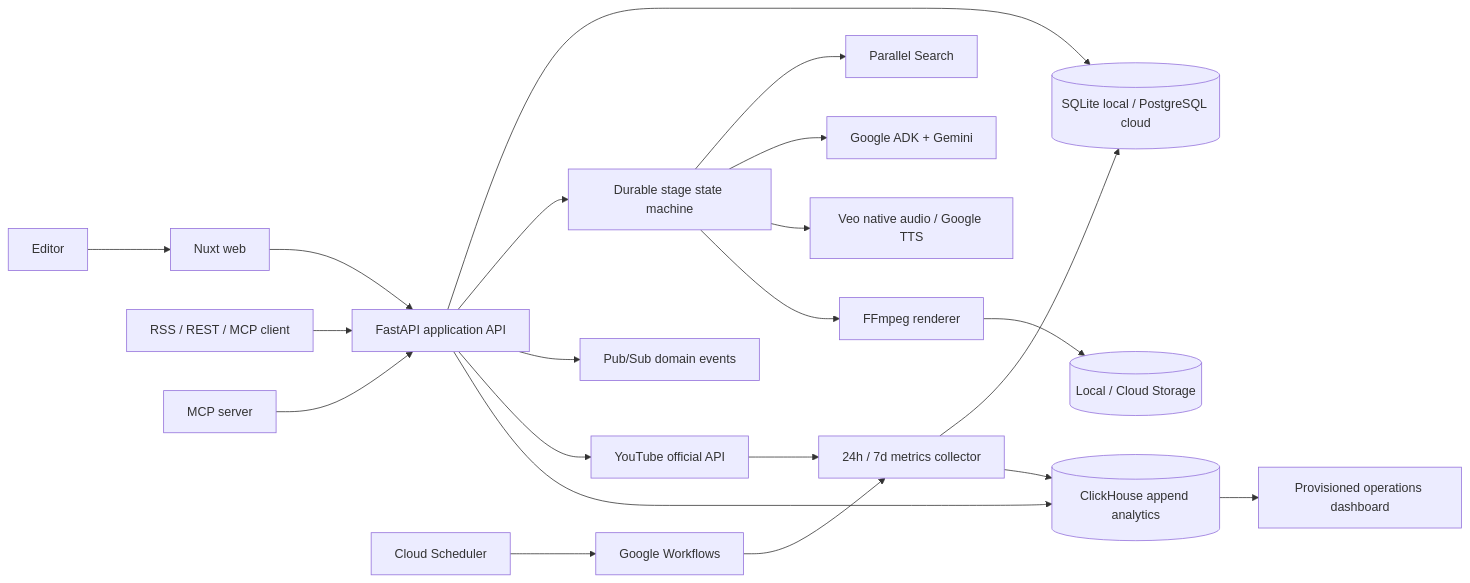
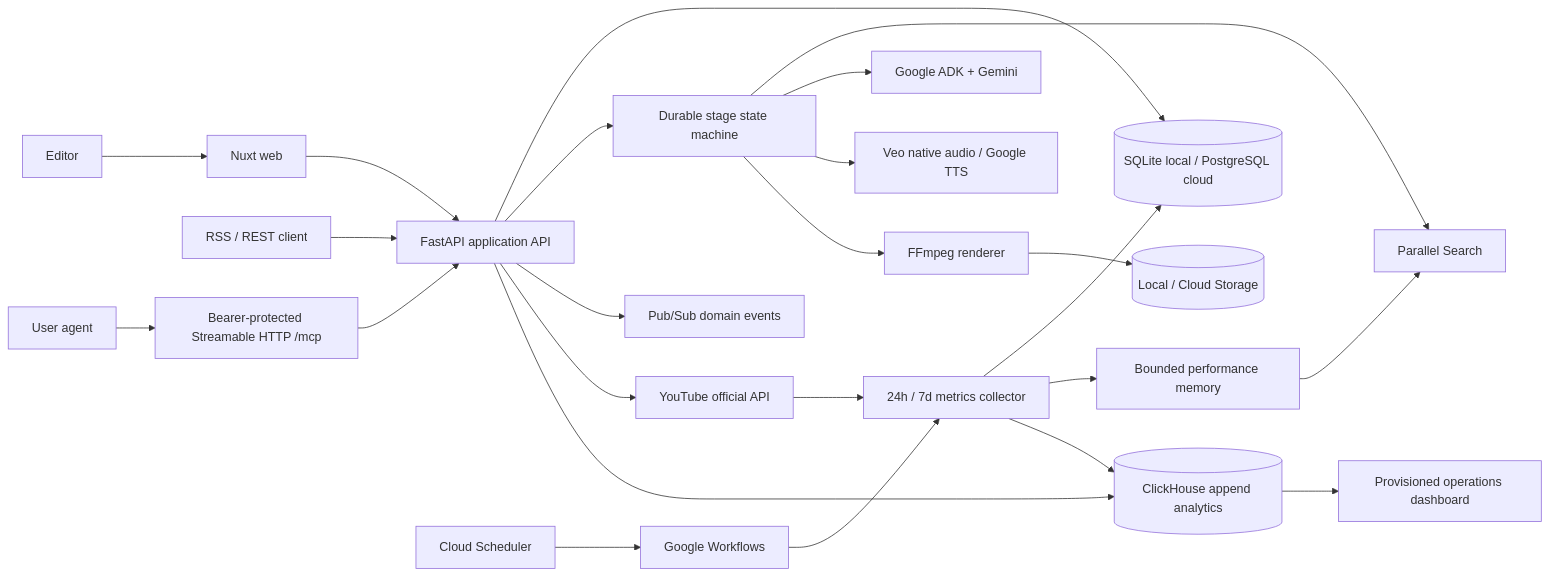
The first of 2 diagrams in docs/architecture/architecture.md (SubSchoolLTD/agentic-video-studio), drawn with Mermaid before and after one commit. The commit also changed other lines of this file and 19 other files, not shown here.

Commit message:
feat: expose remote MCP and close research feedback loop (#57)

````diff
--- a/docs/architecture/architecture.md
+++ b/docs/architecture/architecture.md
@@ -9,23 +9,26 @@
 ```mermaid
 flowchart LR
   User[Editor] --> Web[Nuxt web]
-  Client[RSS / REST / MCP client] --> API[FastAPI application API]
+  Client[RSS / REST client] --> API[FastAPI application API]
   Web --> API
-  MCP[MCP server] --> API
+  MCPClient[User agent] --> MCP[Bearer-protected Streamable HTTP /mcp]
+  MCP --> API
   API --> DB[(SQLite local / PostgreSQL cloud)]
   API --> WF[Durable stage state machine]
   Scheduler[Cloud Scheduler] --> GWF[Google Workflows]
   GWF --> Metrics
   API --> PubSub[Pub/Sub domain events]
   WF --> Parallel[Parallel Search]
   WF --> ADK[Google ADK + Gemini]
   WF --> Veo[Veo native audio / Google TTS]
   WF --> Render[FFmpeg renderer]
   Render --> Media[(Local / Cloud Storage)]
   API --> YouTube[YouTube official API]
   YouTube --> Metrics[24h / 7d metrics collector]
   Metrics --> DB
+  Metrics --> Feedback[Bounded performance memory]
+  Feedback --> Parallel
   Metrics --> Events[(ClickHouse append analytics)]
   API --> Events
   Events --> Grafana[Provisioned operations dashboard]
 ```
````
